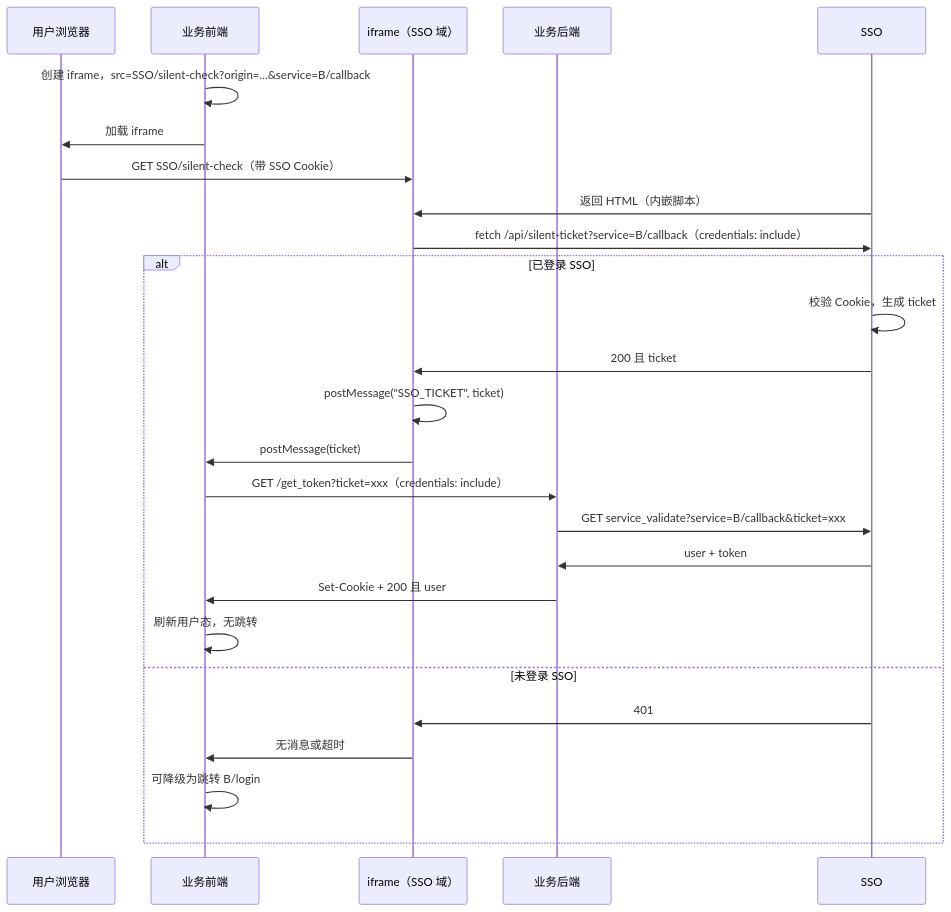
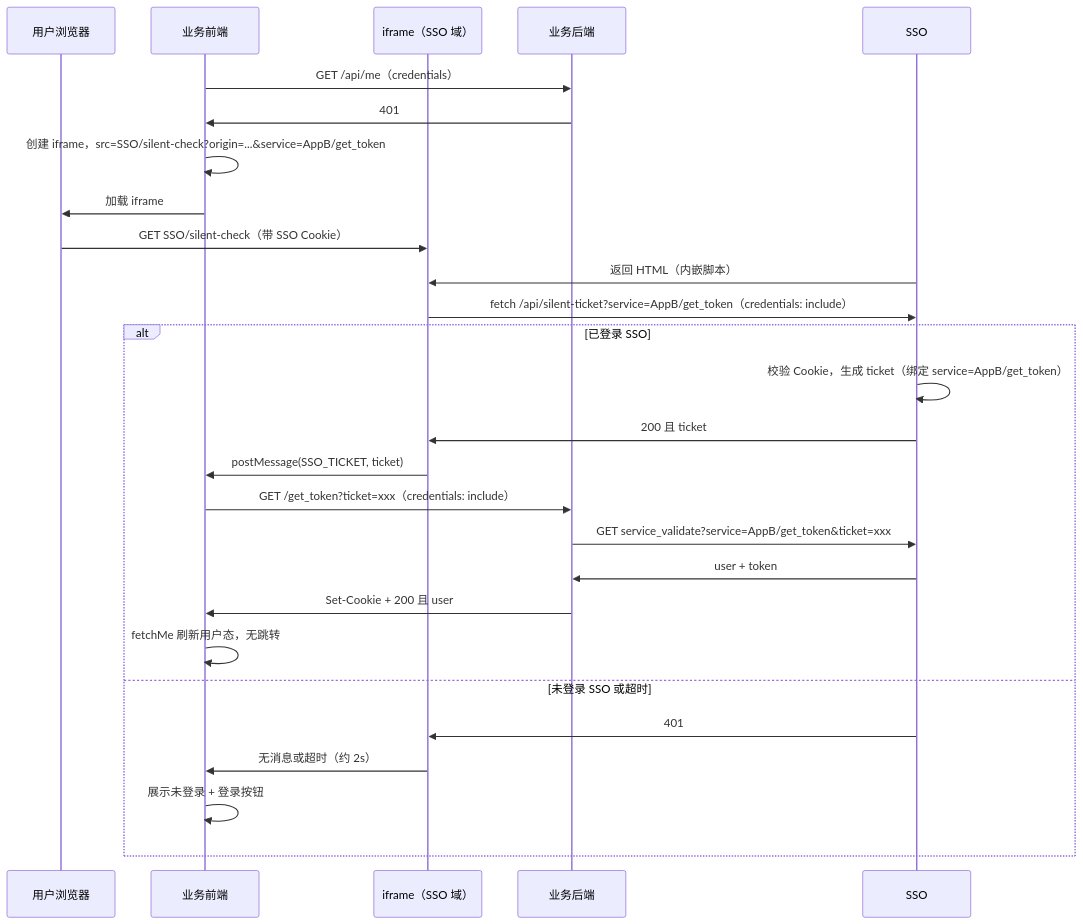
Before and after one commit to gw-gong/demo: the second of 3 diagrams in sso/README.md, drawn with Mermaid. The commit also changed other lines of this file and 5 other files, not shown here.

````diff
--- a/sso/README.md
+++ b/sso/README.md
@@ -120,29 +124,30 @@
 ```mermaid
 sequenceDiagram
   participant U as 用户浏览器
   participant F as 业务前端
   participant Iframe as iframe（SSO 域）
   participant B as 业务后端
   participant S as SSO
 
-  F->>F: 创建 iframe，src=SSO/silent-check?origin=...&service=B/callback
+  F->>B: GET /api/me（credentials）
+  B->>F: 401
+  F->>F: 创建 iframe，src=SSO/silent-check?origin=...&service=AppB/get_token
   F->>U: 加载 iframe
   U->>Iframe: GET SSO/silent-check（带 SSO Cookie）
   S->>Iframe: 返回 HTML（内嵌脚本）
-  Iframe->>S: fetch /api/silent-ticket?service=B/callback（credentials: include）
+  Iframe->>S: fetch /api/silent-ticket?service=AppB/get_token（credentials: include）
   alt 已登录 SSO
-    S->>S: 校验 Cookie，生成 ticket
+    S->>S: 校验 Cookie，生成 ticket（绑定 service=AppB/get_token）
     S->>Iframe: 200 且 ticket
-    Iframe->>Iframe: postMessage("SSO_TICKET", ticket)
-    Iframe->>F: postMessage(ticket)
+    Iframe->>F: postMessage(SSO_TICKET, ticket)
     F->>B: GET /get_token?ticket=xxx（credentials: include）
-    B->>S: GET service_validate?service=B/callback&ticket=xxx
+    B->>S: GET service_validate?service=AppB/get_token&ticket=xxx
     S->>B: user + token
     B->>F: Set-Cookie + 200 且 user
-    F->>F: 刷新用户态，无跳转
-  else 未登录 SSO
+    F->>F: fetchMe 刷新用户态，无跳转
+  else 未登录 SSO 或超时
     S->>Iframe: 401
-    Iframe->>F: 无消息或超时
-    F->>F: 可降级为跳转 B/login
+    Iframe->>F: 无消息或超时（约 2s）
+    F->>F: 展示未登录 + 登录按钮
   end
 ```
````
